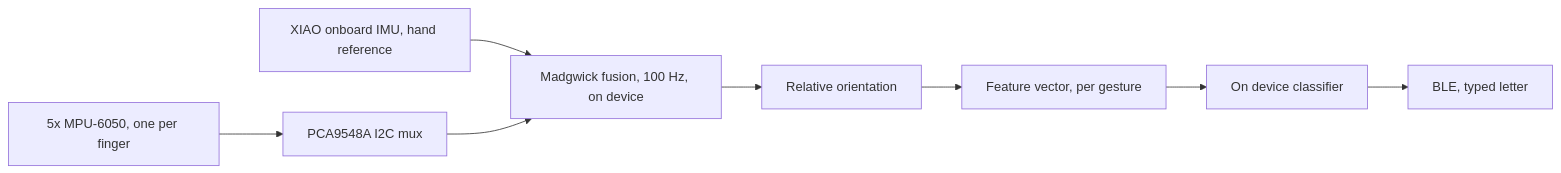
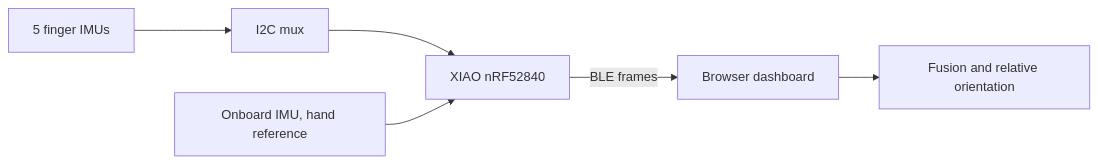
Before and after one commit to PiyushPapaya/Cheirograph: the diagram in README.md, drawn with Mermaid. The commit also changed other lines of this file and 9 other files, not shown here.

````diff
--- a/README.md
+++ b/README.md
@@ -19,10 +41,8 @@
 ```mermaid
 flowchart LR
-    F[5x MPU-6050, one per finger] --> MUX[PCA9548A I2C mux]
-    H[XIAO onboard IMU, hand reference] --> FUSE
-    MUX --> FUSE[Madgwick fusion, 100 Hz, on device]
-    FUSE --> REL[Relative orientation]
-    REL --> FEAT[Feature vector, per gesture]
-    FEAT --> CLS[On device classifier]
-    CLS --> BLE[BLE, typed letter]
+    F[5 finger IMUs] --> MUX[I2C mux]
+    MUX --> MCU[XIAO nRF52840]
+    H[Onboard IMU, hand reference] --> MCU
+    MCU -->|BLE frames| DASH[Browser dashboard]
+    DASH --> REL[Fusion and relative orientation]
 ```
````
